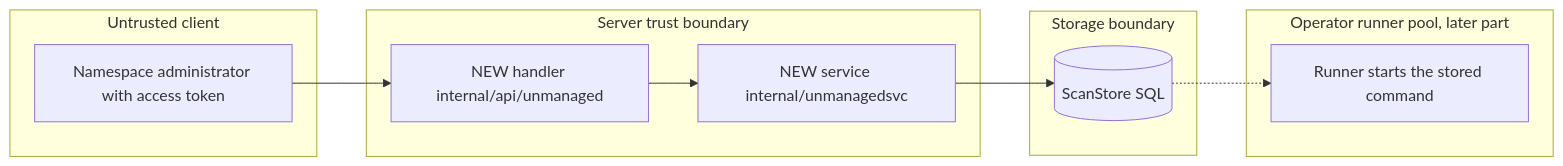
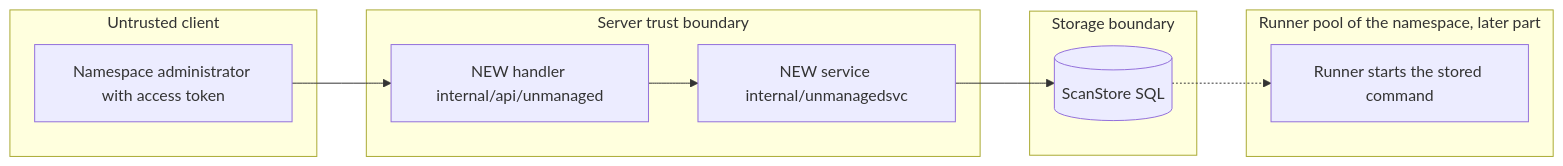
Before and after one commit to OpenDustpan/OpenDustpan: the fourth of 4 diagrams in openspec/changes/160-165-sweep-targets-lifecycle/design.md, drawn with Mermaid. The commit also changed other lines of this file and 8 other files, not shown here.

````diff
--- a/openspec/changes/160-165-sweep-targets-lifecycle/design.md
+++ b/openspec/changes/160-165-sweep-targets-lifecycle/design.md
@@ -86,20 +86,20 @@
 ```mermaid
 flowchart LR
 subgraph Client[Untrusted client]
 C[Namespace administrator with access token]
 end
 subgraph Server[Server trust boundary]
 H[NEW handler internal/api/unmanaged]
 S[NEW service internal/unmanagedsvc]
 end
 subgraph Store[Storage boundary]
 D[(ScanStore SQL)]
 end
-subgraph Runner[Operator runner pool, later part]
+subgraph Runner[Runner pool of the namespace, later part]
 R[Runner starts the stored command]
 end
 C-->H
 H-->S
 S-->D
 D-.->R
 ```
````
